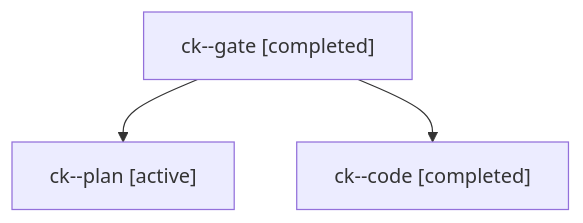
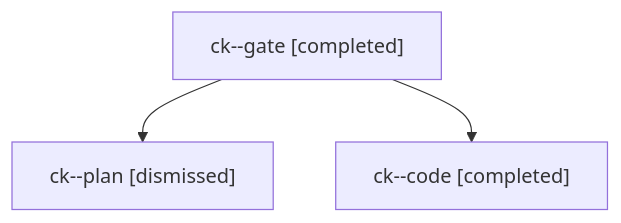
One commit to bobs-org/bob-cli--agents changed the diagram in sessions/bbugyi200.apollo.ck.md. Above: the diagram before and after it, drawn with Mermaid. The commit also changed other lines of this file and 22 other files, not shown here.

````diff
--- a/sessions/bbugyi200.apollo.ck.md
+++ b/sessions/bbugyi200.apollo.ck.md
@@ -9,8 +9,8 @@
 ```mermaid
 flowchart TD
   n0["ck--gate [completed]"]
-  n1["ck--plan [active]"]
+  n1["ck--plan [dismissed]"]
   n0 --> n1
   n2["ck--code [completed]"]
   n0 --> n2
 ```
````
